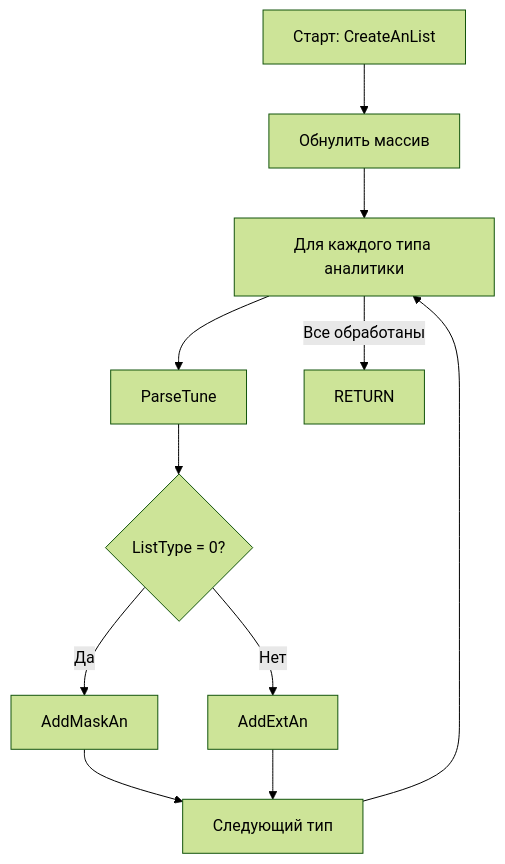
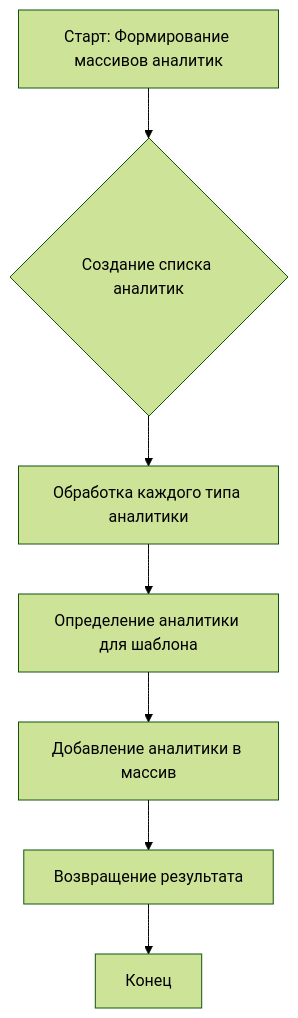
One commit to fivec/topsoft.JAM changed the tenth of 20 diagrams in README.md. Above: the diagram before and after it, drawn with Mermaid (forest theme). The commit also changed other lines of this file, not shown here.

````diff
--- a/README.md
+++ b/README.md
@@ -286,12 +326,9 @@
 ```mermaid
 flowchart TD
-A[Старт: CreateAnList] --> B[Обнулить массив]
-B --> C[Для каждого типа аналитики]
-C --> D[ParseTune]
-D --> E{ListType = 0?}
-E -- Да --> F[AddMaskAn]
-E -- Нет --> G[AddExtAn]
-F & G --> H[Следующий тип]
-H --> C
-C -- Все обработаны --> I[RETURN]
+    A[Старт: Формирование массивов аналитик] --> B{Создание списка аналитик}
+    B --> C[Обработка каждого типа аналитики]
+    C --> D[Определение аналитики для шаблона]
+    D --> E[Добавление аналитики в массив]
+    E --> F[Возвращение результата]
+    F --> G[Конец]
 ```
````
